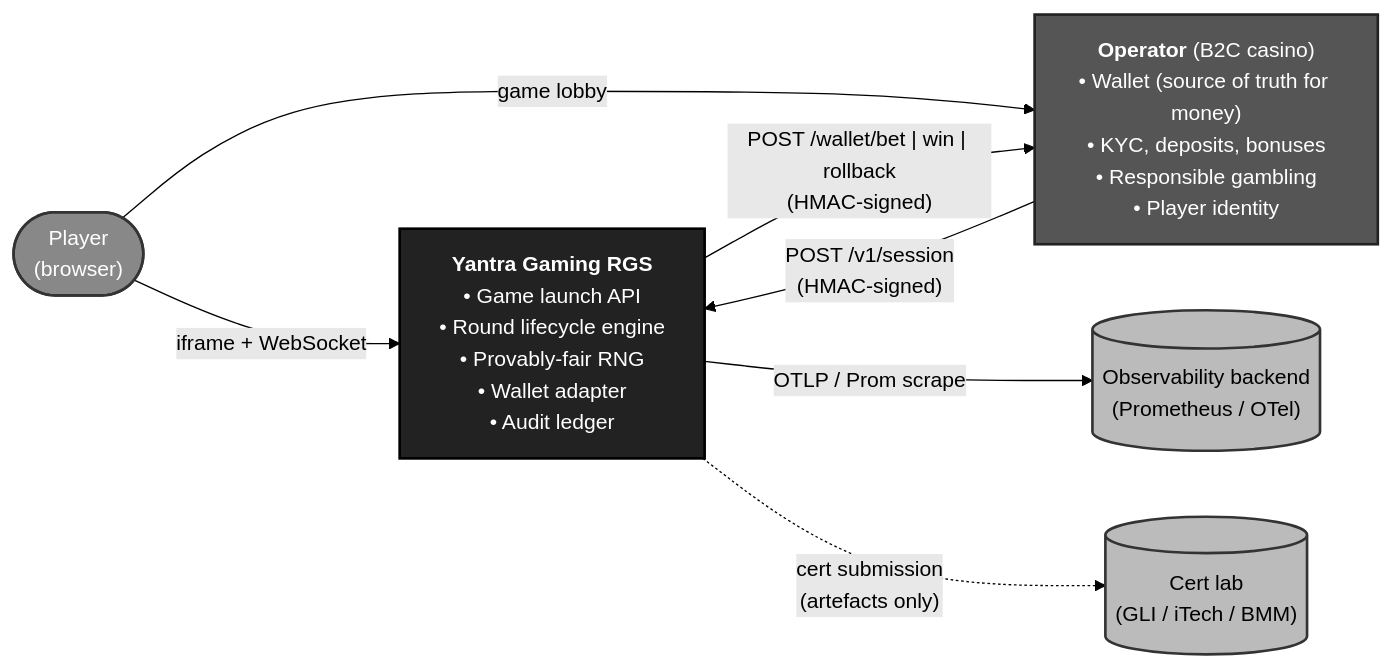
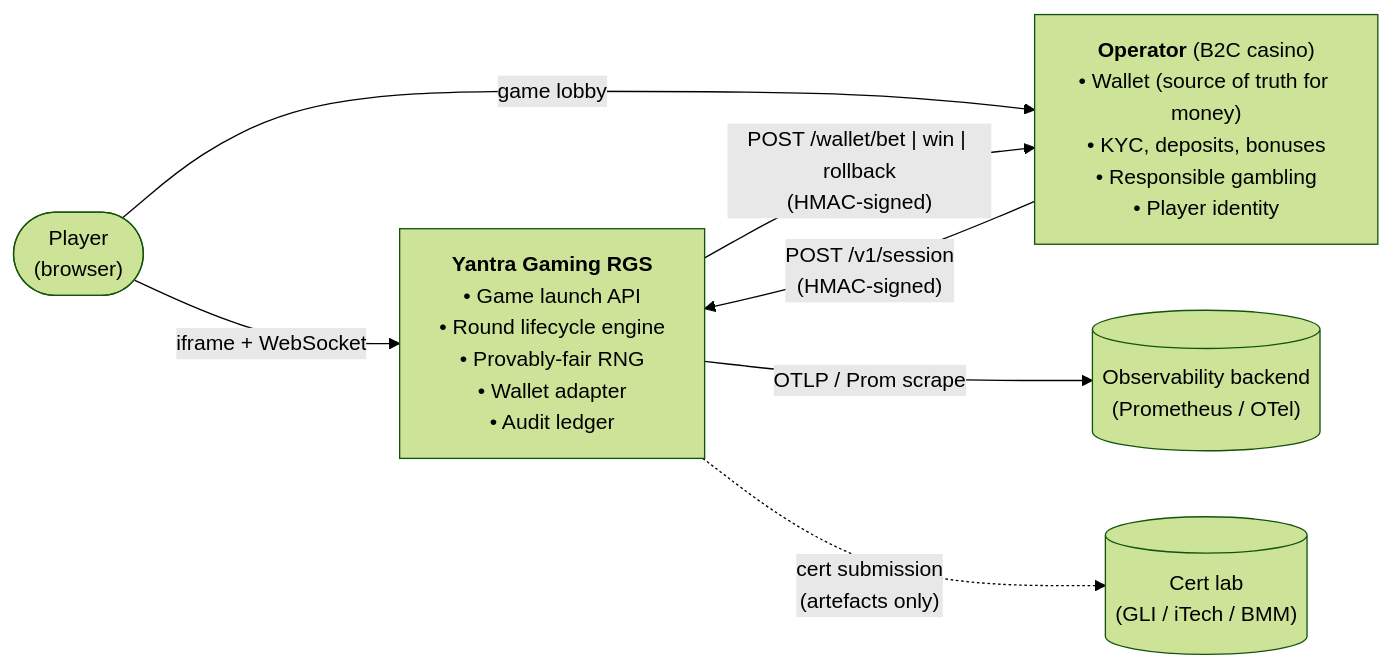
The first of 9 diagrams in docs/architecture.md (dinethlive/yantra-gaming), drawn with Mermaid (forest theme) before and after one commit. The commit also changed other lines of this file and 2 other files, not shown here.

First line of the commit message:
docs: drop mermaid classDef overrides, use GitHub native theming

````diff
--- a/docs/architecture.md
+++ b/docs/architecture.md
@@ -23,24 +23,15 @@
 ```mermaid
 flowchart LR
     player(["Player<br/>(browser)"])
     operator["<b>Operator</b> (B2C casino)<br/>• Wallet (source of truth for money)<br/>• KYC, deposits, bonuses<br/>• Responsible gambling<br/>• Player identity"]
     rgs["<b>Yantra Gaming RGS</b><br/>• Game launch API<br/>• Round lifecycle engine<br/>• Provably-fair RNG<br/>• Wallet adapter<br/>• Audit ledger"]
     cert[("Cert lab<br/>(GLI / iTech / BMM)")]
     obs[("Observability backend<br/>(Prometheus / OTel)")]
 
     player -- "iframe + WebSocket" --> rgs
     player -- "game lobby" --> operator
     operator -- "POST /v1/session<br/>(HMAC-signed)" --> rgs
     rgs -- "POST /wallet/bet | win | rollback<br/>(HMAC-signed)" --> operator
     rgs -- "OTLP / Prom scrape" --> obs
     rgs -. "cert submission<br/>(artefacts only)" .-> cert
-
-    classDef primary fill:#222,stroke:#000,color:#fff,stroke-width:2px;
-    classDef secondary fill:#555,stroke:#222,color:#fff,stroke-width:2px;
-    classDef tertiary fill:#888,stroke:#333,color:#fff,stroke-width:2px;
-    classDef store fill:#bbb,stroke:#333,color:#000,stroke-width:2px;
-    class rgs primary;
-    class operator secondary;
-    class player tertiary;
-    class cert,obs store;
 ```
````
